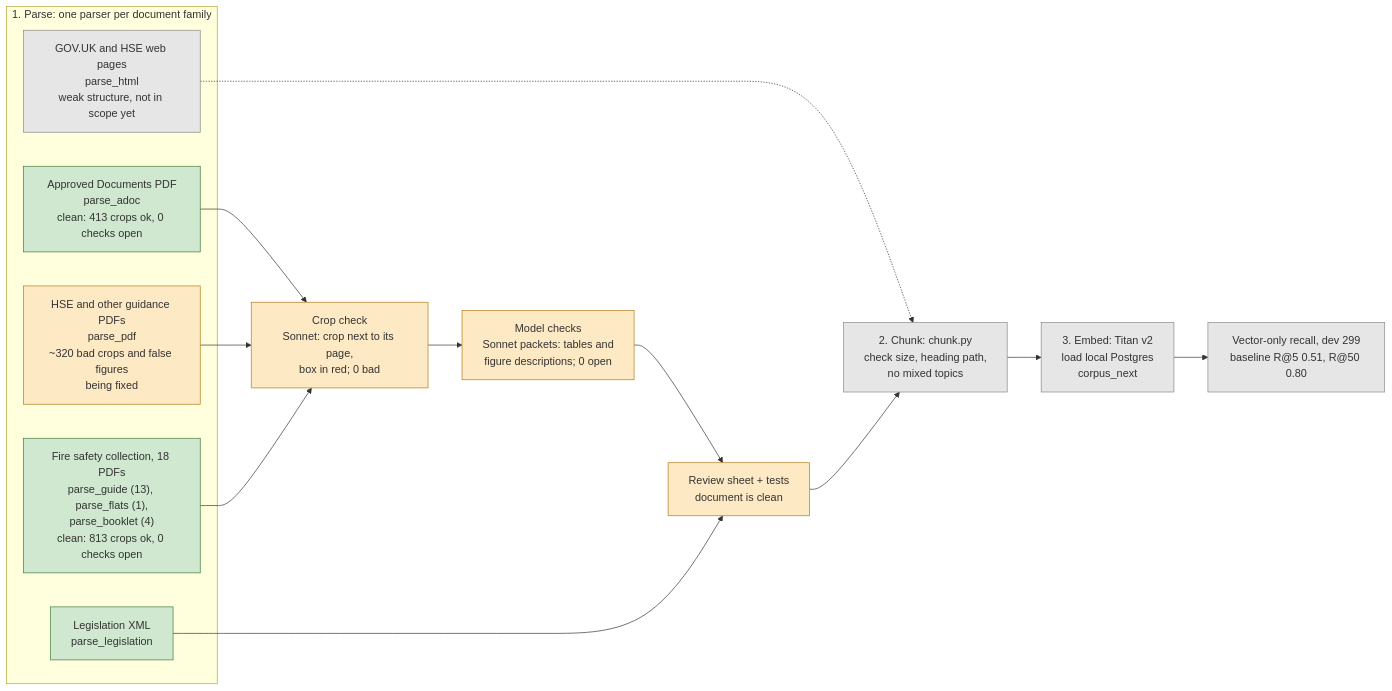
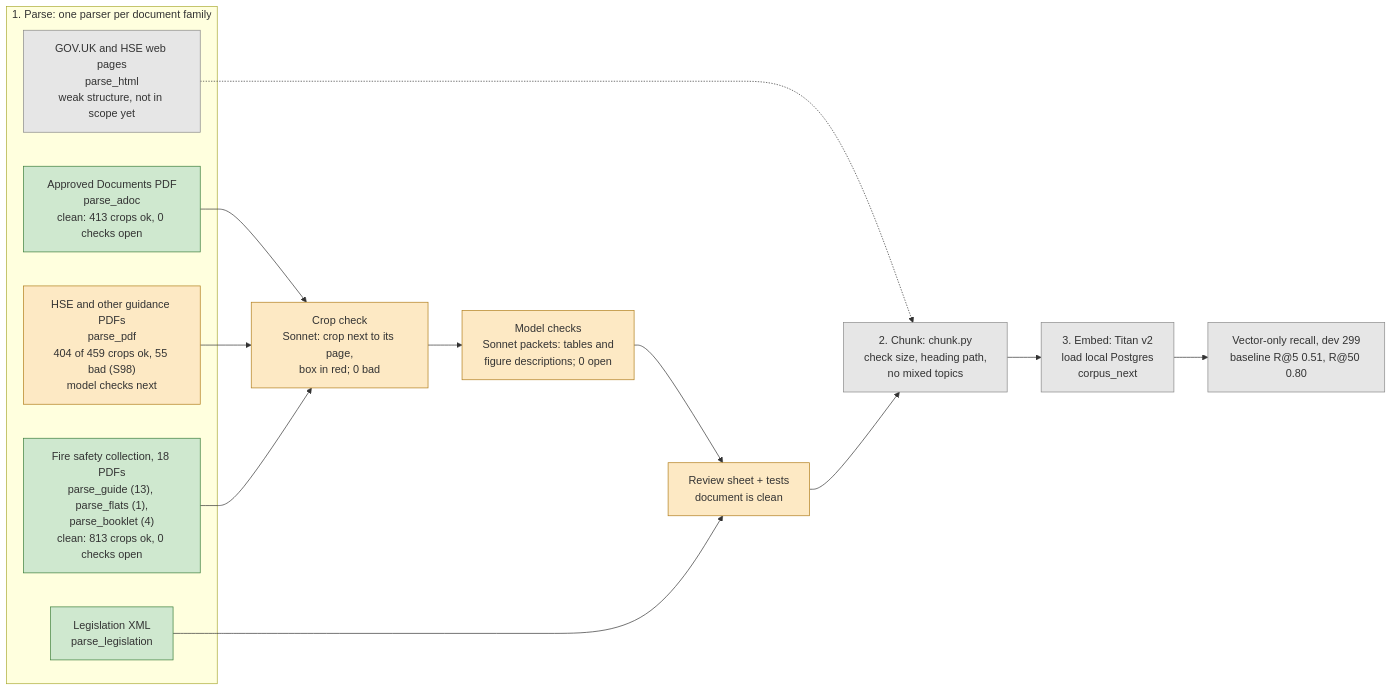
Before and after one commit to florinmarcus/builders_lab: the diagram in evals/PLAN.md, drawn with Mermaid. The commit also changed other lines of this file, not shown here.

First line of the commit message:
Plan: parse_pdf crop status (404 of 459 ok, 55 bad in S98)

````diff
--- a/evals/PLAN.md
+++ b/evals/PLAN.md
@@ -32,26 +32,26 @@
 ```mermaid
 flowchart LR
     subgraph parse["1. Parse: one parser per document family"]
         leg["Legislation XML<br/>parse_legislation"]:::done
         adoc["Approved Documents PDF<br/>parse_adoc<br/>clean: 413 crops ok, 0 checks open"]:::done
-        hse["HSE and other guidance PDFs<br/>parse_pdf<br/>~320 bad crops and false figures<br/>being fixed"]:::wip
+        hse["HSE and other guidance PDFs<br/>parse_pdf<br/>404 of 459 crops ok, 55 bad (S98)<br/>model checks next"]:::wip
         guide["Fire safety collection, 18 PDFs<br/>parse_guide (13), parse_flats (1),<br/>parse_booklet (4)<br/>clean: 813 crops ok, 0 checks open"]:::done
         html["GOV.UK and HSE web pages<br/>parse_html<br/>weak structure, not in scope yet"]:::todo
     end
     crop["Crop check<br/>Sonnet: crop next to its page,<br/>box in red; 0 bad"]:::wip
     mc["Model checks<br/>Sonnet packets: tables and<br/>figure descriptions; 0 open"]:::wip
     rev["Review sheet + tests<br/>document is clean"]:::wip
     chunk["2. Chunk: chunk.py<br/>check size, heading path,<br/>no mixed topics"]:::todo
     emb["3. Embed: Titan v2<br/>load local Postgres<br/>corpus_next"]:::todo
     rec["Vector-only recall, dev 299<br/>baseline R@5 0.51, R@50 0.80"]:::todo
     adoc --> crop
     hse --> crop
     guide --> crop
     crop --> mc --> rev
     leg --> rev
     html -.-> chunk
     rev --> chunk --> emb --> rec
     classDef done fill:#cfe8cf,stroke:#3a7d3a
     classDef wip fill:#fde9c4,stroke:#b07d1a
     classDef todo fill:#e6e6e6,stroke:#888
 ```
````
